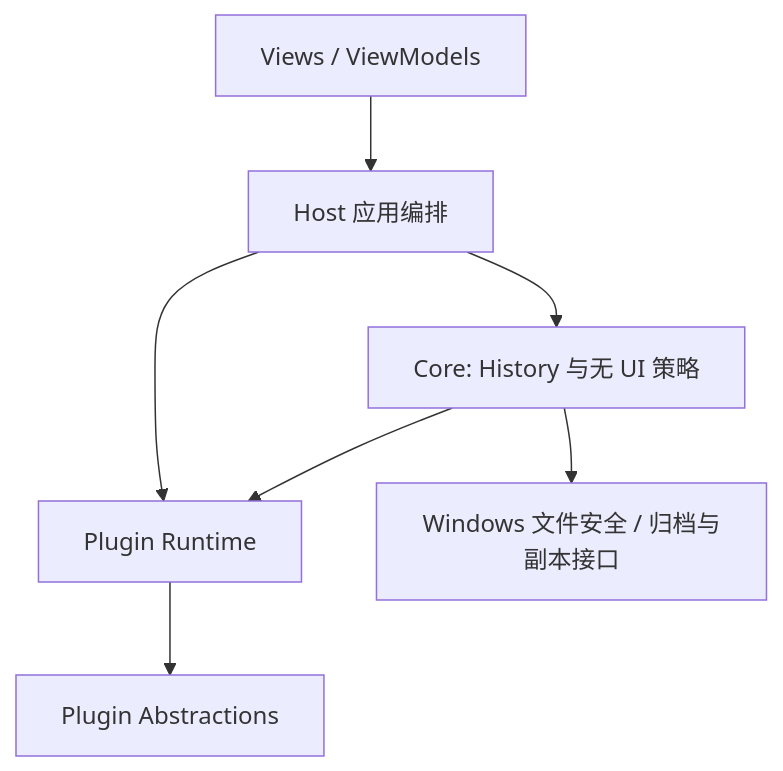
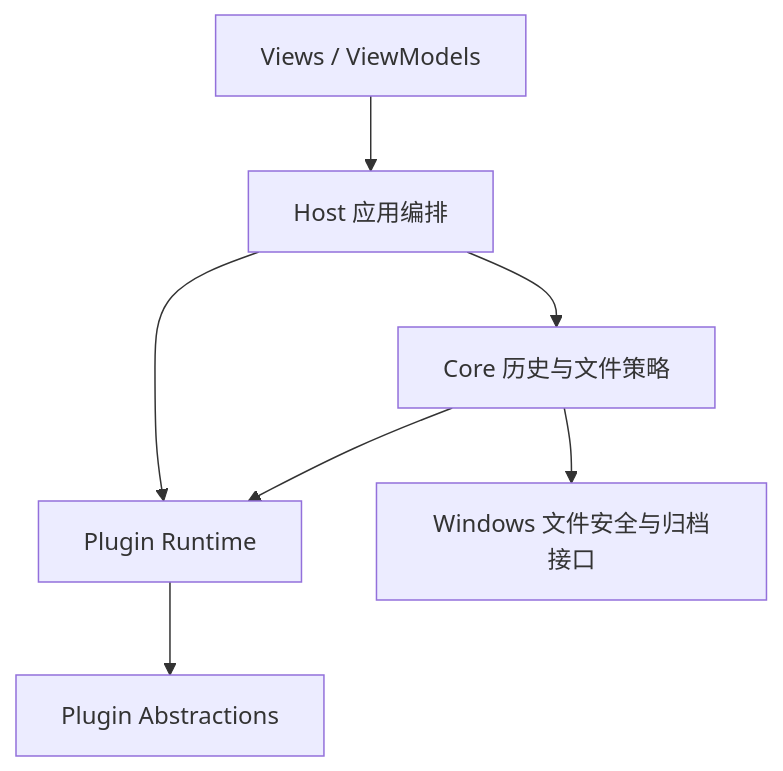
One commit to Leafuke/FolderRewind-Site changed the diagram in docs/architecture/index.md. Above: the diagram before and after it, drawn with Mermaid. The commit also changed other lines of this file and 227 other files, not shown here.

````diff
--- a/docs/architecture/index.md
+++ b/docs/architecture/index.md
@@ -14,9 +12,9 @@
 ```mermaid
 flowchart TD
   UI[Views / ViewModels] --> Host[Host 应用编排]
-  Host --> Core[Core: History 与无 UI 策略]
+  Host --> Core[Core 历史与文件策略]
   Host --> Runtime[Plugin Runtime]
   Core --> Runtime
   Runtime --> API[Plugin Abstractions]
-  Core --> Storage[Windows 文件安全 / 归档与副本接口]
+  Core --> Storage[Windows 文件安全与归档接口]
 ```
````
